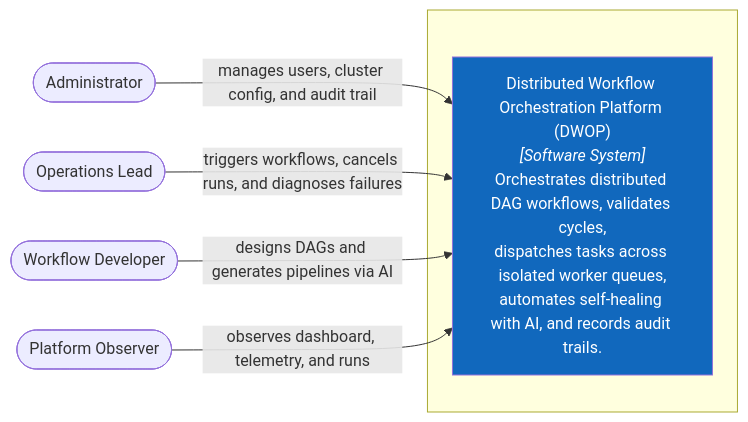
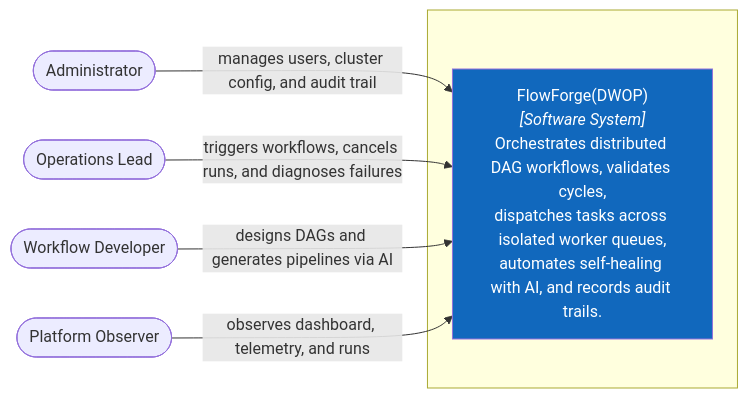
The diagram in docs/architecture/c4/01-system-context.md (AnCoder1310/FlowForge), drawn with Mermaid before and after one commit. The commit also changed other lines of this file and 44 other files, not shown here.

````diff
--- a/docs/architecture/c4/01-system-context.md
+++ b/docs/architecture/c4/01-system-context.md
@@ -5,18 +5,18 @@
 ```mermaid
 flowchart LR
     admin(["Administrator"])
     operator(["Operations Lead"])
     dev(["Workflow Developer"])
     viewer(["Platform Observer"])
 
     subgraph boundary[" "]
-        dwop["Distributed Workflow Orchestration Platform (DWOP)<br/><i>[Software System]</i><br/>Orchestrates distributed DAG workflows, validates cycles,<br/>dispatches tasks across isolated worker queues,<br/>automates self-healing with AI, and records audit trails."]
+        dwop["FlowForge(DWOP)<br/><i>[Software System]</i><br/>Orchestrates distributed DAG workflows, validates cycles,<br/>dispatches tasks across isolated worker queues,<br/>automates self-healing with AI, and records audit trails."]
     end
 
     admin -- "manages users, cluster config, and audit trail" --> dwop
     operator -- "triggers workflows, cancels runs, and diagnoses failures" --> dwop
     dev -- "designs DAGs and generates pipelines via AI" --> dwop
     viewer -- "observes dashboard, telemetry, and runs" --> dwop
 
     style dwop fill:#1168bd,color:#fff
 ```
````
